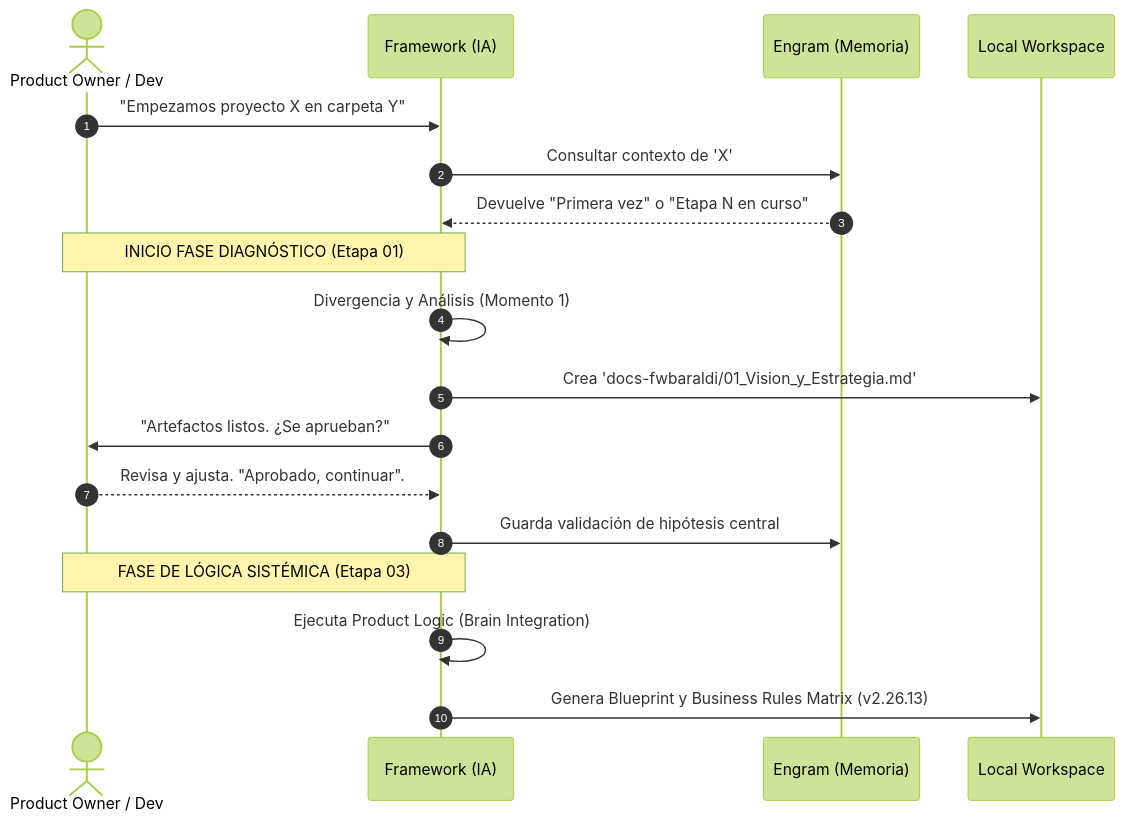
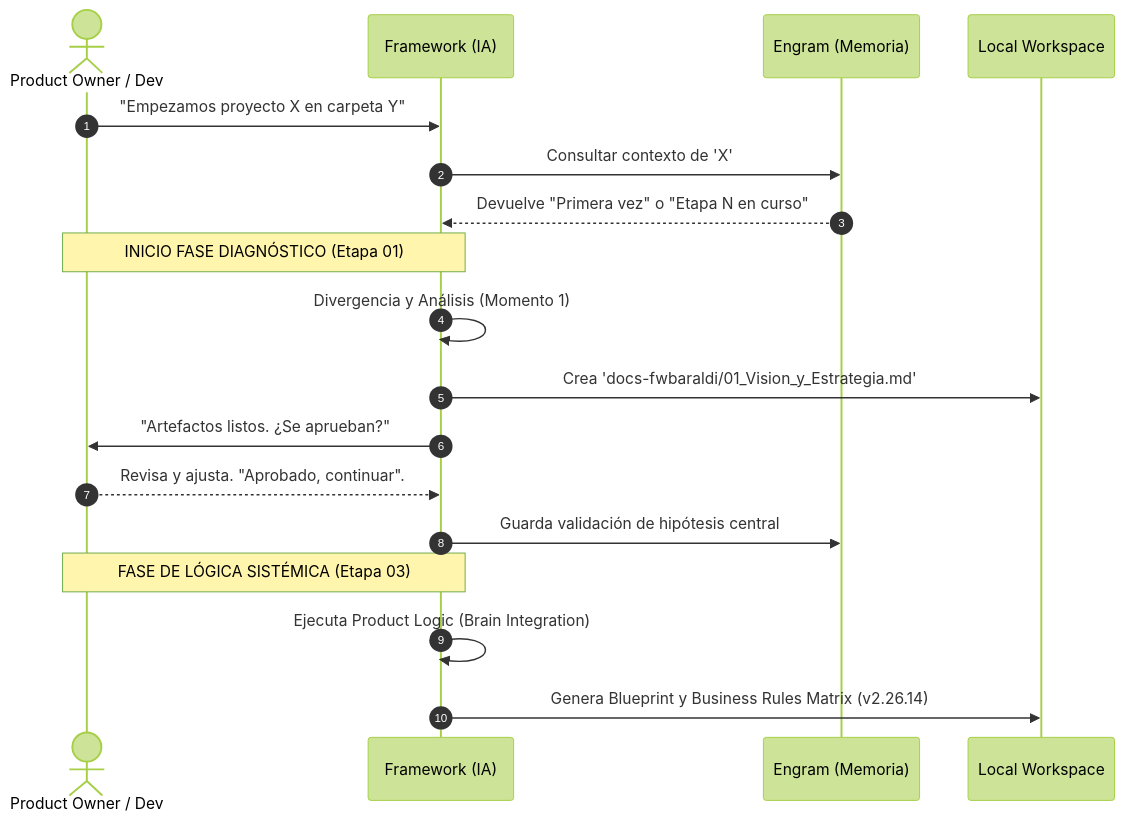
One commit to leobaraldi96/fwbaraldi changed the second of 2 diagrams in ARQUITECTURA_CORE.md. Above: the diagram before and after it, drawn with Mermaid (forest theme). The commit also changed other lines of this file and 85 other files, not shown here.

````diff
--- a/ARQUITECTURA_CORE.md
+++ b/ARQUITECTURA_CORE.md
@@ -79,26 +79,26 @@
 ```mermaid
 sequenceDiagram
     autonumber
     actor Humano as Product Owner / Dev
     participant IA as Framework (IA)
     participant E as Engram (Memoria)
     participant FS as Local Workspace
 
     Humano->>IA: "Empezamos proyecto X en carpeta Y"
     IA->>E: Consultar contexto de 'X'
     E-->>IA: Devuelve "Primera vez" o "Etapa N en curso"
     
     note over IA,Humano: INICIO FASE DIAGNÓSTICO (Etapa 01)
     IA->>IA: Divergencia y Análisis (Momento 1)
     
     IA->>FS: Crea 'docs-fwbaraldi/01_Vision_y_Estrategia.md'
     IA->>Humano: "Artefactos listos. ¿Se aprueban?"
     
     Humano-->>IA: Revisa y ajusta. "Aprobado, continuar".
     
     IA->>E: Guarda validación de hipótesis central
     
     note over IA,Humano: FASE DE LÓGICA SISTÉMICA (Etapa 03)
     IA->>IA: Ejecuta Product Logic (Brain Integration)
-    IA->>FS: Genera Blueprint y Business Rules Matrix (v2.26.13)
+    IA->>FS: Genera Blueprint y Business Rules Matrix (v2.26.14)
 ```
````
